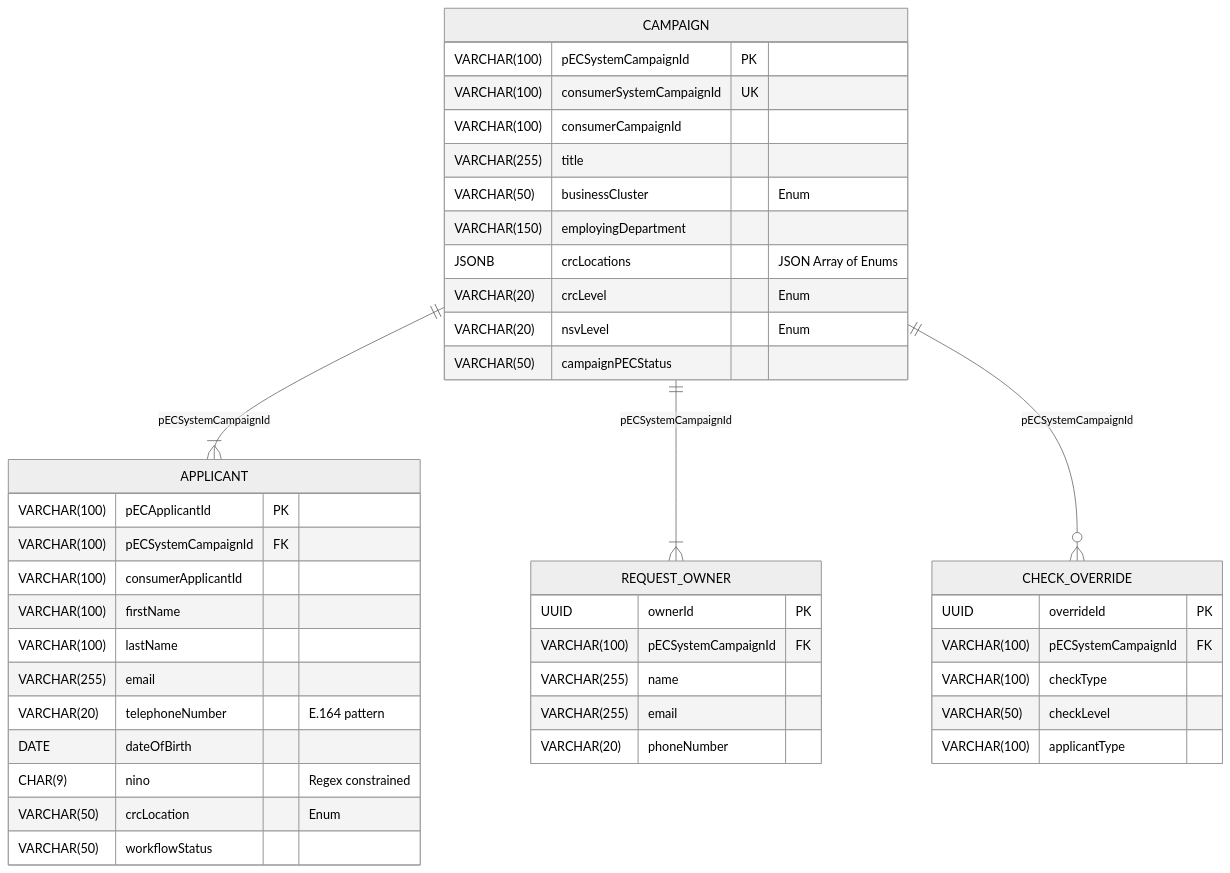
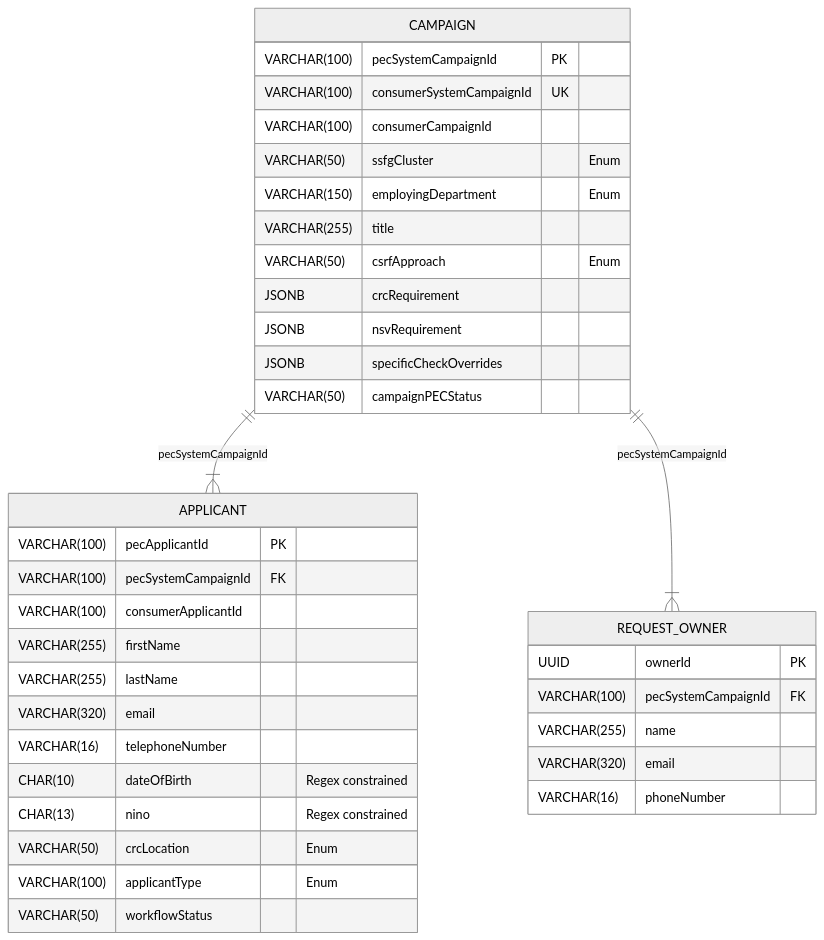
Before and after one commit to CAB-THOMAS/ERPtoPEC: the third of 3 diagrams in APISpecs/DataModels.md, drawn with Mermaid (neutral theme). The commit also changed other lines of this file, not shown here.

Commit message:
Refactor data models by removing CHECK_OVERRIDE
Removed CHECK_OVERRIDE entity and updated related references. Modified data types and constraints for various fields in CAMPAIGN, APPLICANT, and REQUEST_OWNER entities.

````diff
--- a/APISpecs/DataModels.md
+++ b/APISpecs/DataModels.md
@@ -72,49 +62,42 @@
 ```mermaid
 erDiagram
     CAMPAIGN {
-        VARCHAR(100) pECSystemCampaignId PK
+        VARCHAR(100) pecSystemCampaignId PK
         VARCHAR(100) consumerSystemCampaignId UK
         VARCHAR(100) consumerCampaignId
+        VARCHAR(50) ssfgCluster "Enum"
+        VARCHAR(150) employingDepartment "Enum"
         VARCHAR(255) title
-        VARCHAR(50) businessCluster "Enum"
-        VARCHAR(150) employingDepartment
-        JSONB crcLocations "JSON Array of Enums"
-        VARCHAR(20) crcLevel "Enum"
-        VARCHAR(20) nsvLevel "Enum"
+        VARCHAR(50) csrfApproach "Enum"
+        JSONB crcRequirement
+        JSONB nsvRequirement
+        JSONB specificCheckOverrides
         VARCHAR(50) campaignPECStatus
     }
     
     APPLICANT {
-        VARCHAR(100) pECApplicantId PK
-        VARCHAR(100) pECSystemCampaignId FK
+        VARCHAR(100) pecApplicantId PK
+        VARCHAR(100) pecSystemCampaignId FK
         VARCHAR(100) consumerApplicantId
-        VARCHAR(100) firstName
-        VARCHAR(100) lastName
-        VARCHAR(255) email
-        VARCHAR(20) telephoneNumber "E.164 pattern"
-        DATE dateOfBirth
-        CHAR(9) nino "Regex constrained"
+        VARCHAR(255) firstName
+        VARCHAR(255) lastName
+        VARCHAR(320) email
+        VARCHAR(16) telephoneNumber
+        CHAR(10) dateOfBirth "Regex constrained"
+        CHAR(13) nino "Regex constrained"
         VARCHAR(50) crcLocation "Enum"
+        VARCHAR(100) applicantType "Enum"
         VARCHAR(50) workflowStatus
     }
     
     REQUEST_OWNER {
         UUID ownerId PK
-        VARCHAR(100) pECSystemCampaignId FK
+        VARCHAR(100) pecSystemCampaignId FK
         VARCHAR(255) name
-        VARCHAR(255) email
-        VARCHAR(20) phoneNumber
-    }
-    
-    CHECK_OVERRIDE {
-        UUID overrideId PK
-        VARCHAR(100) pECSystemCampaignId FK
-        VARCHAR(100) checkType
-        VARCHAR(50) checkLevel
-        VARCHAR(100) applicantType
+        VARCHAR(320) email
+        VARCHAR(16) phoneNumber
     }
 
-    CAMPAIGN ||--|{ APPLICANT : pECSystemCampaignId
-    CAMPAIGN ||--|{ REQUEST_OWNER : pECSystemCampaignId
-    CAMPAIGN ||--o{ CHECK_OVERRIDE : pECSystemCampaignId
+    CAMPAIGN ||--|{ APPLICANT : pecSystemCampaignId
+    CAMPAIGN ||--|{ REQUEST_OWNER : pecSystemCampaignId
 ```
````
